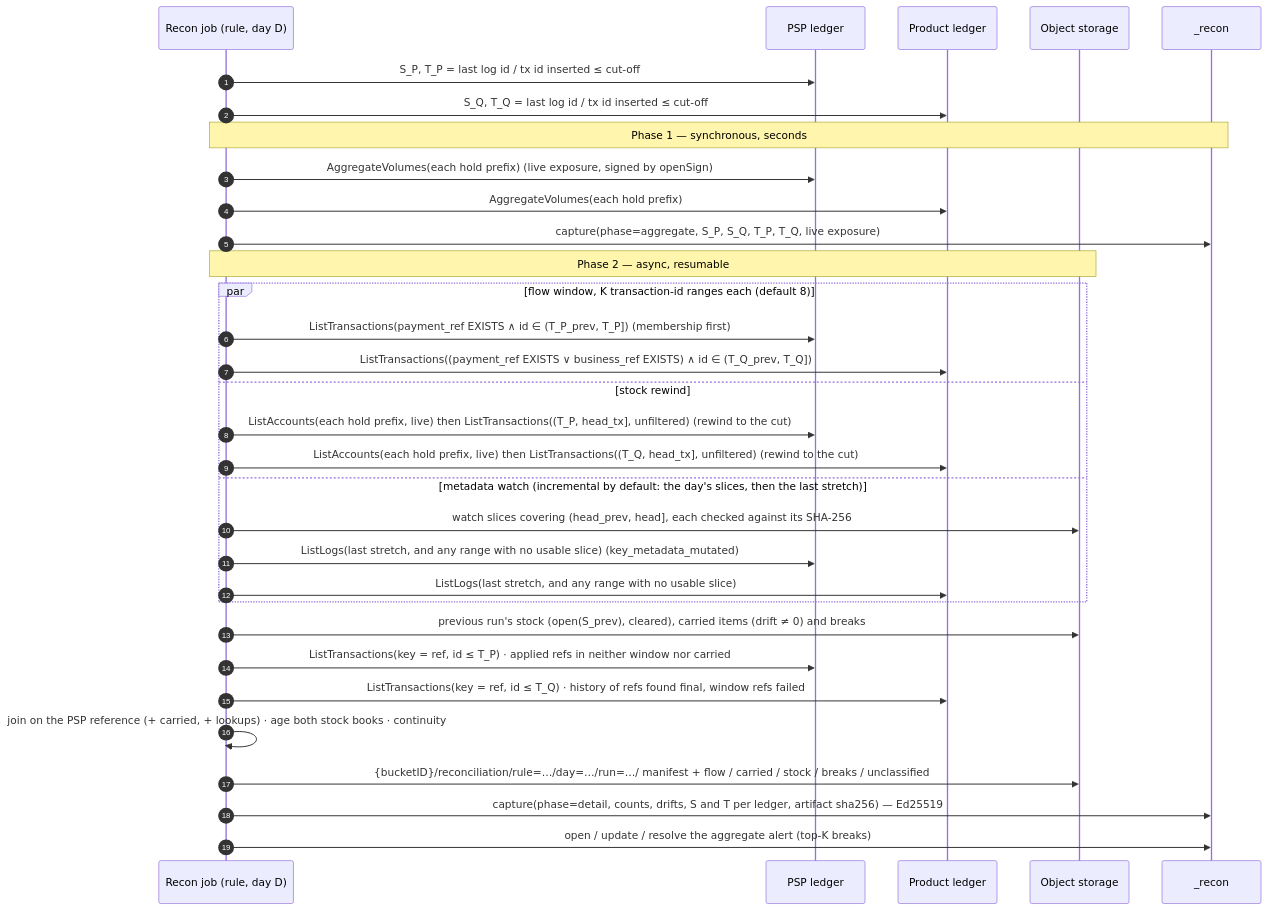
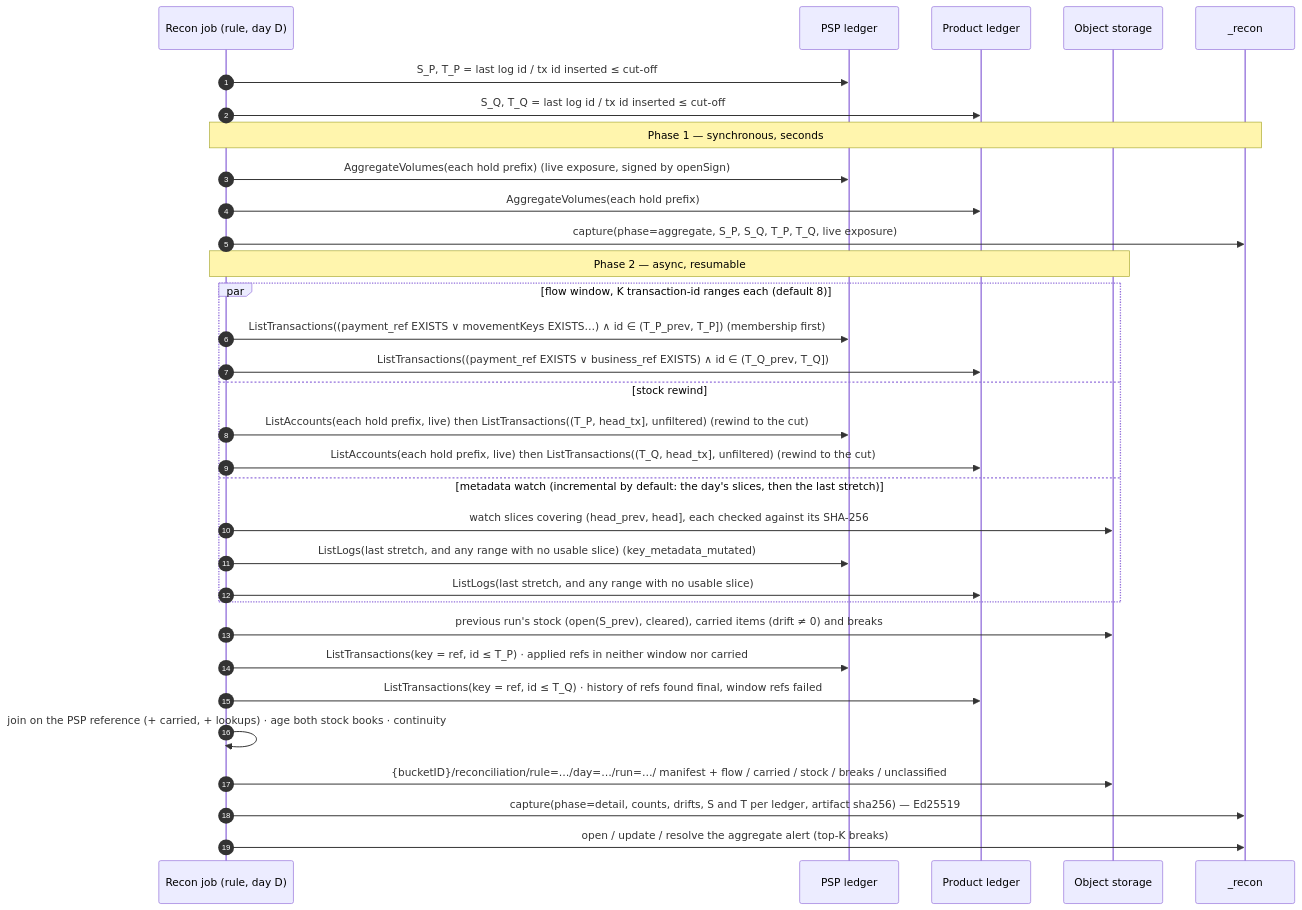
One commit to formancehq/reconciliation changed the second of 2 diagrams in docs/technical/transaction-level-reconciliation.md. Above: the diagram before and after it, drawn with Mermaid. The commit also changed other lines of this file and 5 other files, not shown here.

````diff
--- a/docs/technical/transaction-level-reconciliation.md
+++ b/docs/technical/transaction-level-reconciliation.md
@@ -255,35 +255,35 @@
 ```mermaid
 sequenceDiagram
     autonumber
     participant J as Recon job (rule, day D)
     participant P as PSP ledger
     participant Q as Product ledger
     participant O as Object storage
     participant C as _recon
 
     J->>P: S_P, T_P = last log id / tx id inserted ≤ cut-off
     J->>Q: S_Q, T_Q = last log id / tx id inserted ≤ cut-off
     Note over J,C: Phase 1 — synchronous, seconds
     J->>P: AggregateVolumes(each hold prefix)  (live exposure, signed by openSign)
     J->>Q: AggregateVolumes(each hold prefix)
     J->>C: capture(phase=aggregate, S_P, S_Q, T_P, T_Q, live exposure)
     Note over J,O: Phase 2 — async, resumable
     par flow window, K transaction-id ranges each (default 8)
-        J->>P: ListTransactions(payment_ref EXISTS ∧ id ∈ (T_P_prev, T_P])  (membership first)
+        J->>P: ListTransactions((payment_ref EXISTS ∨ movementKeys EXISTS…) ∧ id ∈ (T_P_prev, T_P])  (membership first)
         J->>Q: ListTransactions((payment_ref EXISTS ∨ business_ref EXISTS) ∧ id ∈ (T_Q_prev, T_Q])
     and stock rewind
         J->>P: ListAccounts(each hold prefix, live) then ListTransactions((T_P, head_tx], unfiltered) (rewind to the cut)
         J->>Q: ListAccounts(each hold prefix, live) then ListTransactions((T_Q, head_tx], unfiltered) (rewind to the cut)
     and metadata watch (incremental by default: the day's slices, then the last stretch)
         J->>O: watch slices covering (head_prev, head], each checked against its SHA-256
         J->>P: ListLogs(last stretch, and any range with no usable slice)  (key_metadata_mutated)
         J->>Q: ListLogs(last stretch, and any range with no usable slice)
     end
     J->>O: previous run's stock (open(S_prev), cleared), carried items (drift ≠ 0) and breaks
     J->>P: ListTransactions(key = ref, id ≤ T_P) · applied refs in neither window nor carried
     J->>Q: ListTransactions(key = ref, id ≤ T_Q) · history of refs found final, window refs failed
     J->>J: join on the PSP reference (+ carried, + lookups) · age both stock books · continuity
     J->>O: {bucketID}/reconciliation/rule=…/day=…/run=…/ manifest + flow / carried / stock / breaks / unclassified
     J->>C: capture(phase=detail, counts, drifts, S and T per ledger, artifact sha256) — Ed25519
     J->>C: open / update / resolve the aggregate alert (top-K breaks)
 ```
````
